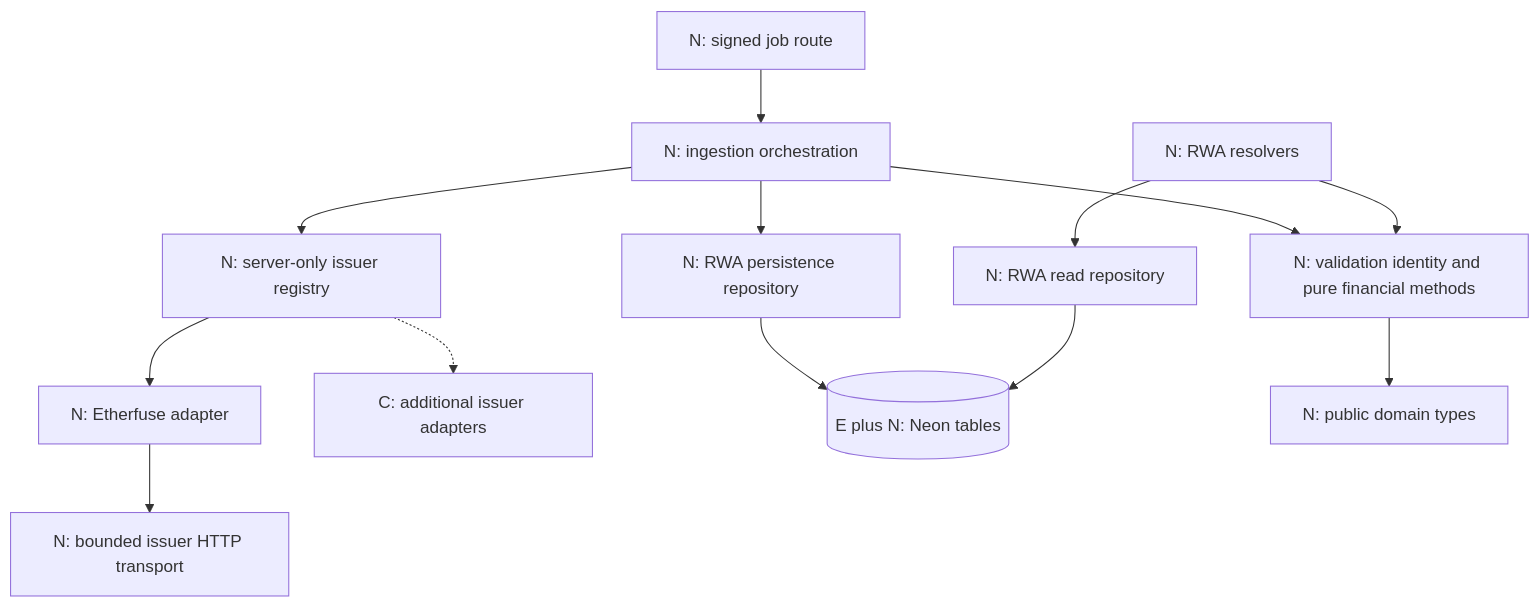
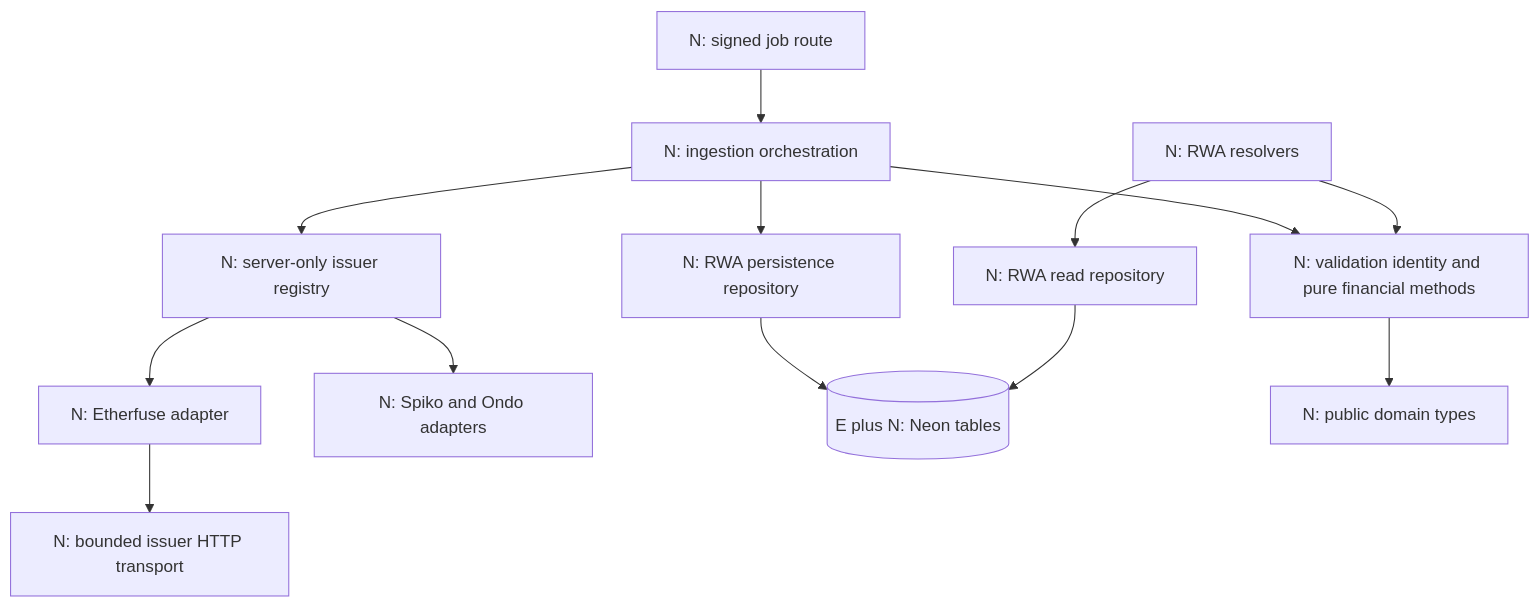
Before and after one commit to lendwise-fi/lendwise: the third of 21 diagrams in docs/rwa-integration-architecture/TECHNICAL_ARCHITECTURE.md, drawn with Mermaid. The commit also changed other lines of this file and 2 other files, not shown here.

Commit message:
docs: detail the complete RWA integration architecture

````diff
--- a/docs/rwa-integration-architecture/TECHNICAL_ARCHITECTURE.md
+++ b/docs/rwa-integration-architecture/TECHNICAL_ARCHITECTURE.md
@@ -107,15 +158,15 @@
 ```mermaid
 flowchart TB
   Route["N: signed job route"] --> Orchestrator["N: ingestion orchestration"]
   Orchestrator --> Registry["N: server-only issuer registry"]
   Registry --> Etherfuse["N: Etherfuse adapter"]
-  Registry -.-> Others["C: additional issuer adapters"]
+  Registry --> Others["N: Spiko and Ondo adapters"]
   Etherfuse --> HTTP["N: bounded issuer HTTP transport"]
   Orchestrator --> Core["N: validation identity and pure financial methods"]
   Orchestrator --> Writer["N: RWA persistence repository"]
   Writer --> DB[("E plus N: Neon tables")]
   Resolver["N: RWA resolvers"] --> Reader["N: RWA read repository"]
   Reader --> DB
   Resolver --> Core
   Core --> PublicTypes["N: public domain types"]
 ```
````
